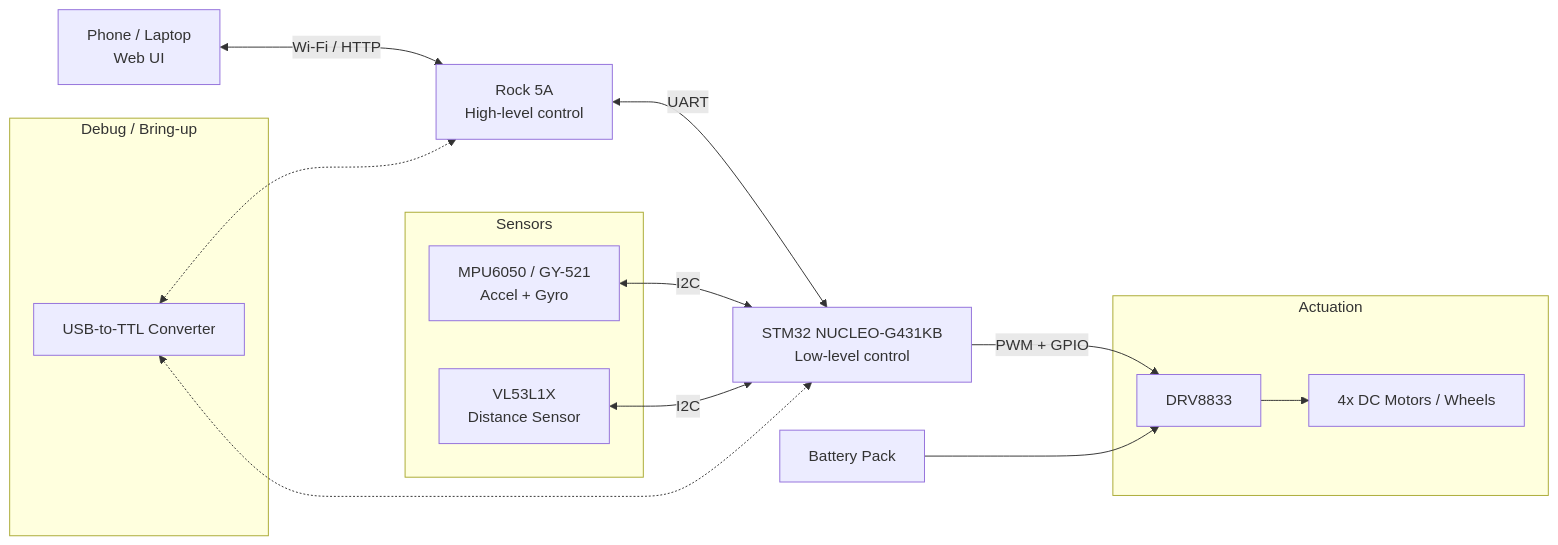
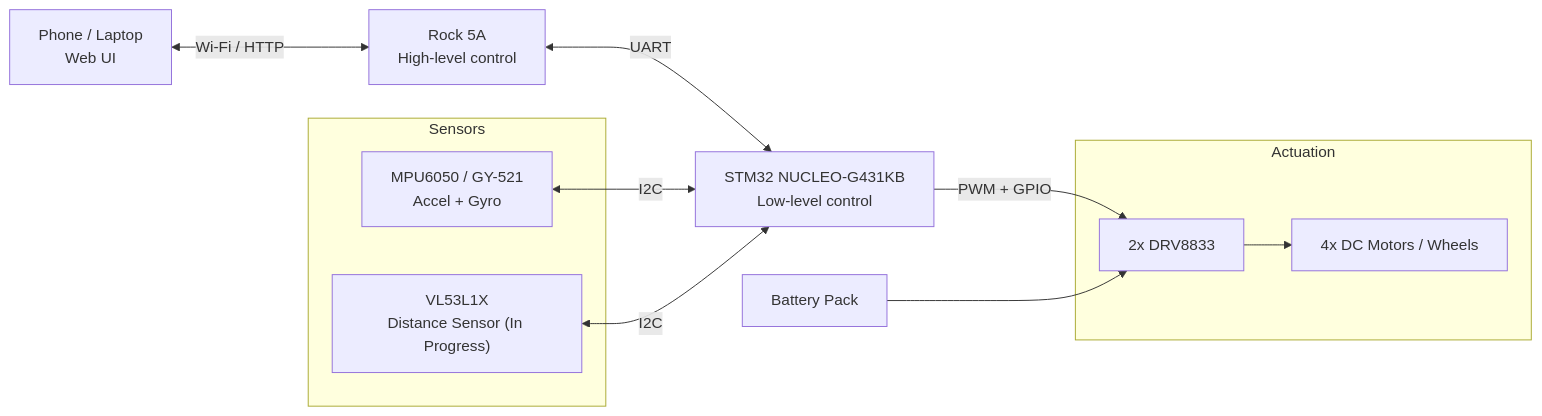
Before and after one commit to msenski/Rock5A-STM32-rover: the diagram in README.md, drawn with Mermaid. The commit also changed other lines of this file and 4 other files, not shown here.

````diff
--- a/README.md
+++ b/README.md
@@ -10,31 +38,24 @@
 ```mermaid
 flowchart LR
     UI["Phone / Laptop<br/>Web UI"] <-->|Wi-Fi / HTTP| ROCK["Rock 5A<br/>High-level control"]
 
     ROCK <-->|UART| STM["STM32 NUCLEO-G431KB<br/>Low-level control"]
 
     subgraph SENSORS["Sensors"]
         IMU["MPU6050 / GY-521<br/>Accel + Gyro"]
-        TOF["VL53L1X<br/>Distance Sensor"]
+        TOF["VL53L1X<br/>Distance Sensor (In Progress)"]
     end
 
     subgraph ACTUATION["Actuation"]
-        DRV["DRV8833"]
+        DRV["2x DRV8833"]
         MOTORS["4x DC Motors / Wheels"]
-    end
-
-    subgraph DEBUG["Debug / Bring-up"]
-        USBTTL["USB-to-TTL Converter"]
     end
 
     IMU <-->|I2C| STM
     TOF <-->|I2C| STM
 
     STM -->|PWM + GPIO| DRV
     DRV --> MOTORS
 
     BAT["Battery Pack"] --> DRV
-
-    USBTTL <-.-> ROCK
-    USBTTL <-.-> STM
 ```
````
